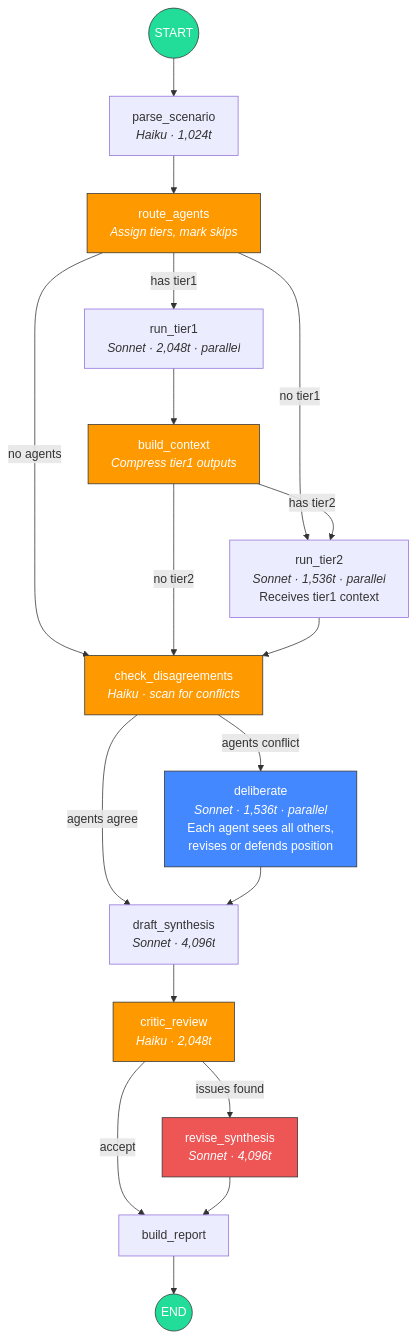
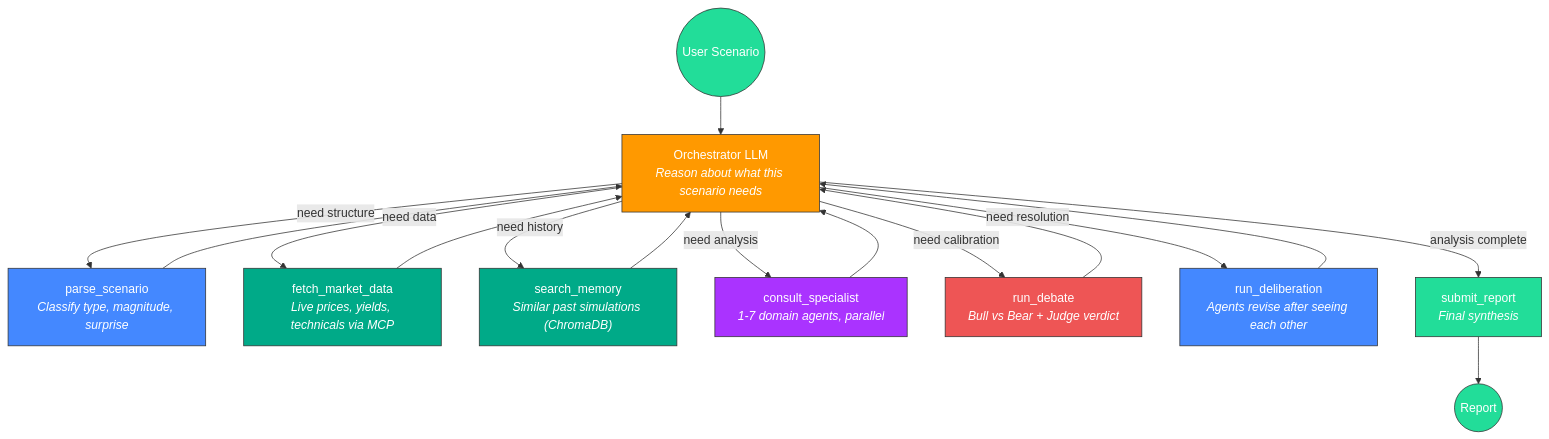
The diagram in README.md (User12ss/Financial-market-simlator), drawn with Mermaid before and after one commit. The commit also changed other lines of this file and 17 other files, not shown here.

````diff
--- a/README.md
+++ b/README.md
@@ -9,51 +9,33 @@
 ```mermaid
 graph TD
-    START((START)) --> parse_scenario
+    START((User Scenario)) --> REASON
 
-    parse_scenario["parse_scenario<br/><i>Haiku · 1,024t</i>"]
-    parse_scenario --> route_agents
+    REASON["Orchestrator LLM<br/><i>Reason about what this scenario needs</i>"]
 
-    route_agents["route_agents<br/><i>Assign tiers, mark skips</i>"]
-    route_agents -->|has tier1| run_tier1
-    route_agents -->|no tier1| run_tier2
-    route_agents -->|no agents| check_disagreements
+    REASON -->|"need structure"| PARSE["parse_scenario<br/><i>Classify type, magnitude, surprise</i>"]
+    REASON -->|"need data"| MARKET["fetch_market_data<br/><i>Live prices, yields, technicals via MCP</i>"]
+    REASON -->|"need history"| MEMORY["search_memory<br/><i>Similar past simulations (ChromaDB)</i>"]
+    REASON -->|"need analysis"| CONSULT["consult_specialist<br/><i>1-7 domain agents, parallel</i>"]
+    REASON -->|"need calibration"| DEBATE["run_debate<br/><i>Bull vs Bear + Judge verdict</i>"]
+    REASON -->|"need resolution"| DELIBERATE["run_deliberation<br/><i>Agents revise after seeing each other</i>"]
+    REASON -->|"analysis complete"| REPORT["submit_report<br/><i>Final synthesis</i>"]
 
-    run_tier1["run_tier1<br/><i>Sonnet · 2,048t · parallel</i>"]
-    run_tier1 --> build_context
-
-    build_context["build_context<br/><i>Compress tier1 outputs</i>"]
-    build_context -->|has tier2| run_tier2
-    build_context -->|no tier2| check_disagreements
-
-    run_tier2["run_tier2<br/><i>Sonnet · 1,536t · parallel</i><br/>Receives tier1 context"]
-    run_tier2 --> check_disagreements
-
-    check_disagreements["check_disagreements<br/><i>Haiku · scan for conflicts</i>"]
-    check_disagreements -->|"agents agree"| draft_synthesis
-    check_disagreements -->|"agents conflict"| deliberate
-
-    deliberate["deliberate<br/><i>Sonnet · 1,536t · parallel</i><br/>Each agent sees all others,<br/>revises or defends position"]
-    deliberate --> draft_synthesis
-
-    draft_synthesis["draft_synthesis<br/><i>Sonnet · 4,096t</i>"]
-    draft_synthesis --> critic_review
-
-    critic_review["critic_review<br/><i>Haiku · 2,048t</i>"]
-    critic_review -->|accept| build_report
-    critic_review -->|issues found| revise_synthesis
-
-    revise_synthesis["revise_synthesis<br/><i>Sonnet · 4,096t</i>"]
-    revise_synthesis --> build_report
-
-    build_report["build_report"]
-    build_report --> END((END))
+    PARSE --> REASON
+    MARKET --> REASON
+    MEMORY --> REASON
+    CONSULT --> REASON
+    DEBATE --> REASON
+    DELIBERATE --> REASON
+    REPORT --> END((Report))
 
     style START fill:#2d9,stroke:#333,color:#fff
     style END fill:#2d9,stroke:#333,color:#fff
-    style route_agents fill:#f90,stroke:#333,color:#fff
-    style build_context fill:#f90,stroke:#333,color:#fff
-    style check_disagreements fill:#f90,stroke:#333,color:#fff
-    style critic_review fill:#f90,stroke:#333,color:#fff
-    style deliberate fill:#48f,stroke:#333,color:#fff
-    style revise_synthesis fill:#e55,stroke:#333,color:#fff
+    style REASON fill:#f90,stroke:#333,color:#fff
+    style PARSE fill:#48f,stroke:#333,color:#fff
+    style MARKET fill:#0a8,stroke:#333,color:#fff
+    style MEMORY fill:#0a8,stroke:#333,color:#fff
+    style CONSULT fill:#a3f,stroke:#333,color:#fff
+    style DEBATE fill:#e55,stroke:#333,color:#fff
+    style DELIBERATE fill:#48f,stroke:#333,color:#fff
+    style REPORT fill:#2d9,stroke:#333,color:#fff
 ```
````
